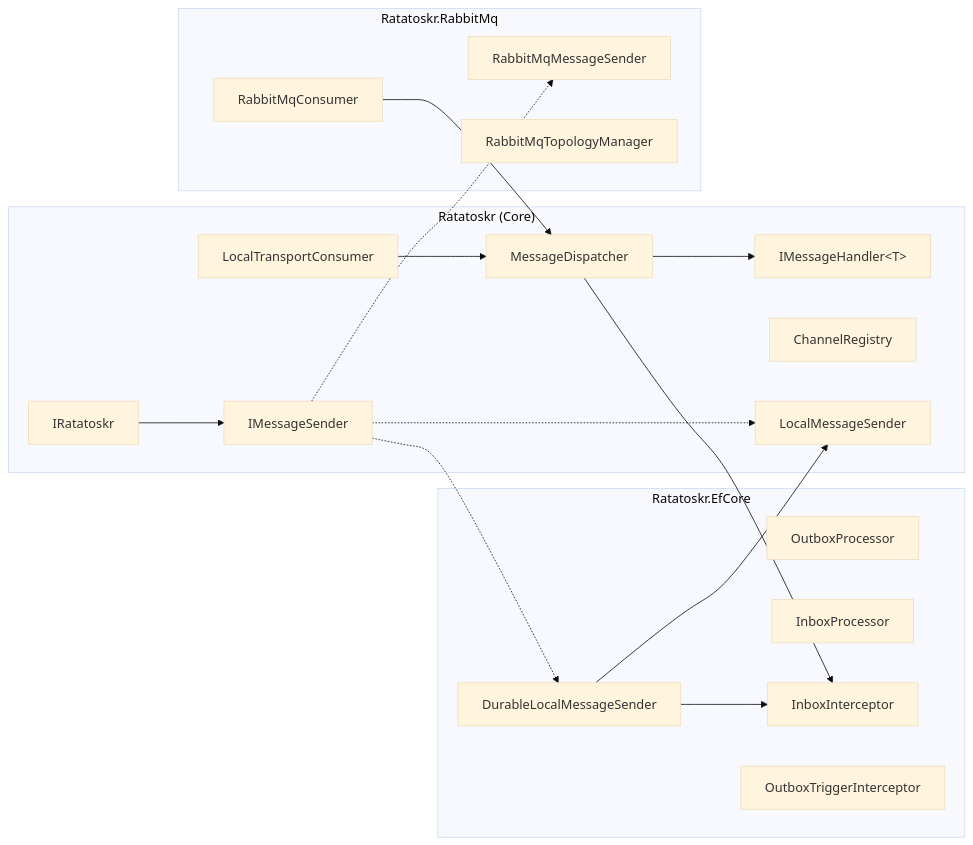
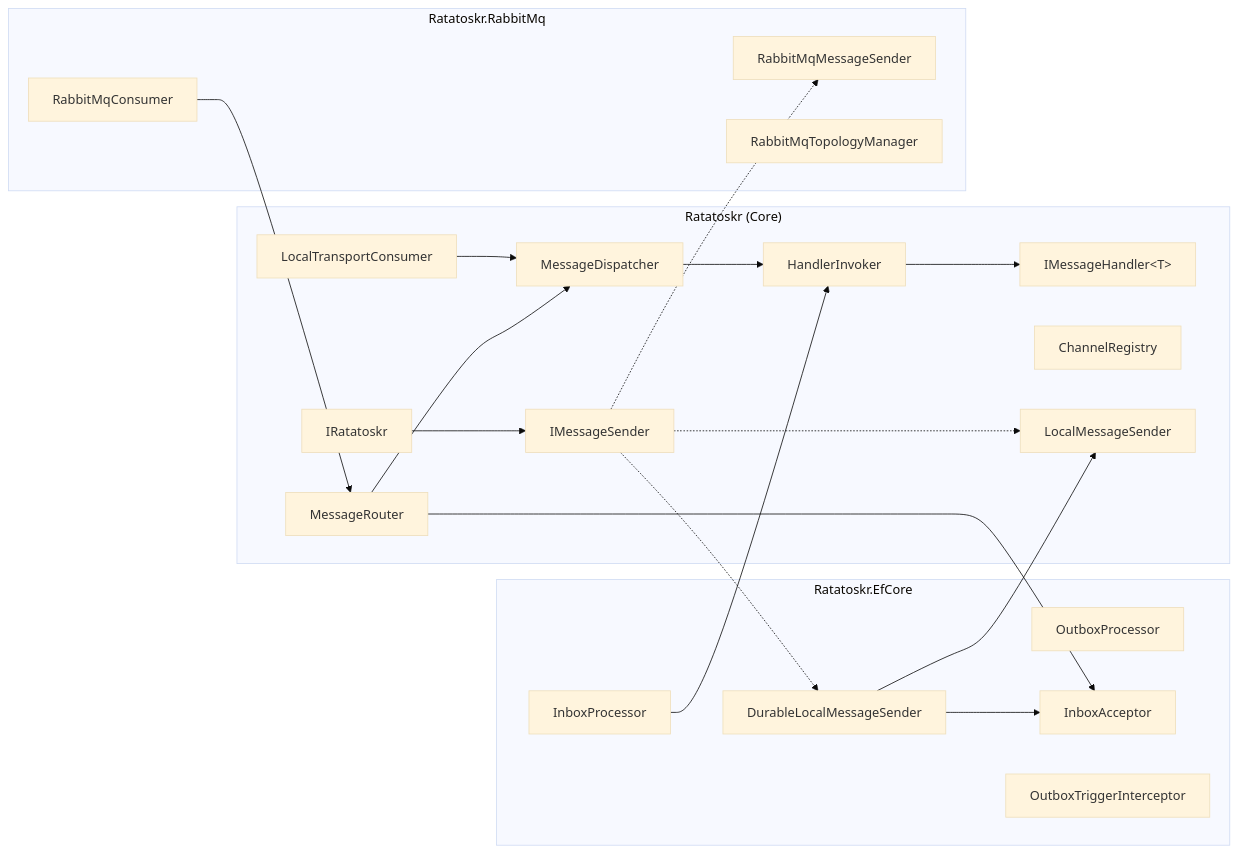
One commit to saithis/Ratatoskr changed the first of 9 diagrams in docs/architecture.md. Above: the diagram before and after it, drawn with Mermaid (base theme). The commit also changed other lines of this file and 19 other files, not shown here.

Commit message:
Improve architecture around inbox

````diff
--- a/docs/architecture.md
+++ b/docs/architecture.md
@@ -7,37 +7,42 @@
 ```mermaid
 graph LR
     subgraph Core ["Ratatoskr (Core)"]
         IRatatoskr["IRatatoskr"]
         IMessageSender["IMessageSender"]
         IMessageHandler["IMessageHandler&lt;T&gt;"]
+        MessageRouter["MessageRouter"]
         MessageDispatcher["MessageDispatcher"]
+        HandlerInvoker["HandlerInvoker"]
         ChannelRegistry["ChannelRegistry"]
         LocalSender["LocalMessageSender"]
         LocalConsumer["LocalTransportConsumer"]
     end
 
     subgraph EfCore ["Ratatoskr.EfCore"]
         OutboxProcessor["OutboxProcessor"]
         InboxProcessor["InboxProcessor"]
-        InboxInterceptor["InboxInterceptor"]
+        InboxAcceptor["InboxAcceptor"]
         DurableLocalSender["DurableLocalMessageSender"]
         OutboxInterceptor["OutboxTriggerInterceptor"]
     end
 
     subgraph RabbitMq ["Ratatoskr.RabbitMq"]
         RmqSender["RabbitMqMessageSender"]
         RmqConsumer["RabbitMqConsumer"]
         TopologyManager["RabbitMqTopologyManager"]
     end
 
     IRatatoskr --> IMessageSender
     IMessageSender -.-> LocalSender
     IMessageSender -.-> RmqSender
     IMessageSender -.-> DurableLocalSender
     DurableLocalSender --> LocalSender
-    DurableLocalSender --> InboxInterceptor
+    DurableLocalSender --> InboxAcceptor
     LocalConsumer --> MessageDispatcher
-    RmqConsumer --> MessageDispatcher
-    MessageDispatcher --> IMessageHandler
-    MessageDispatcher --> InboxInterceptor
+    RmqConsumer --> MessageRouter
+    MessageRouter --> InboxAcceptor
+    MessageRouter --> MessageDispatcher
+    MessageDispatcher --> HandlerInvoker
+    InboxProcessor --> HandlerInvoker
+    HandlerInvoker --> IMessageHandler
 ```
````
